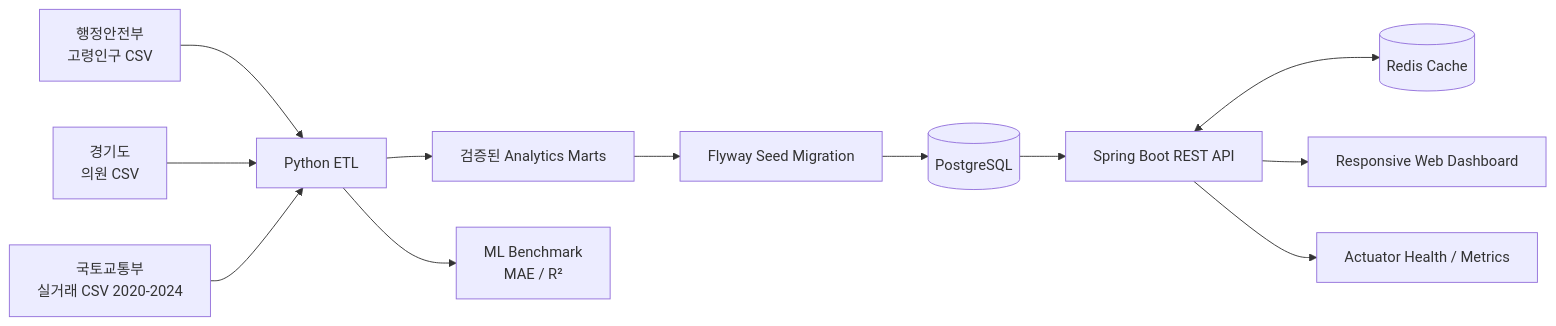
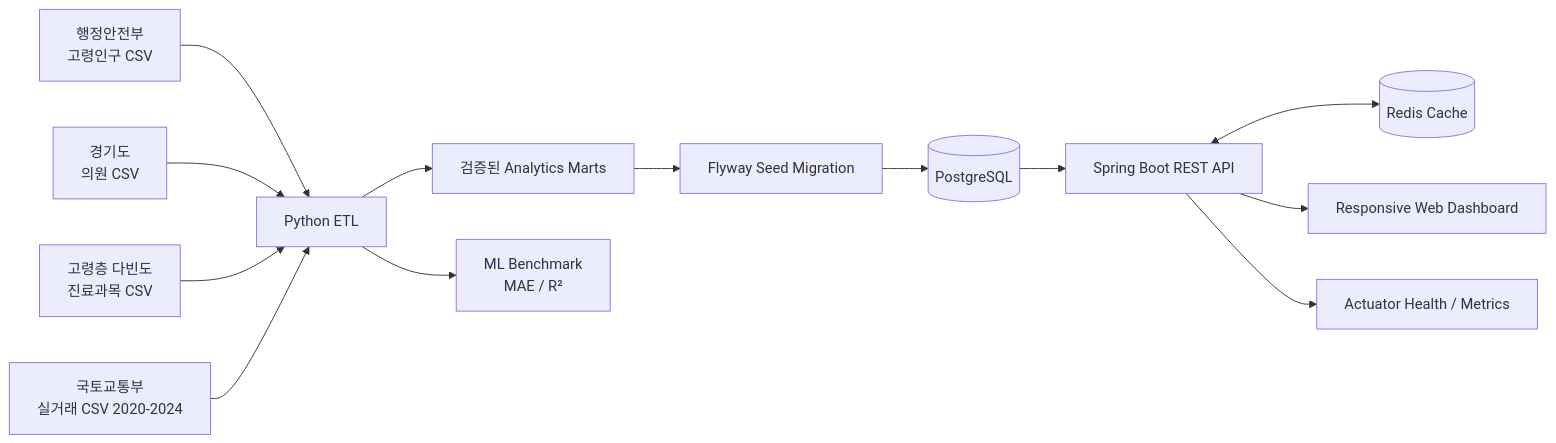
The diagram in docs/architecture.md (taeyoungk-dev/data_analysis), drawn with Mermaid before and after one commit. The commit also changed other lines of this file and 30 other files, not shown here.

````diff
--- a/docs/architecture.md
+++ b/docs/architecture.md
@@ -3,14 +3,15 @@
 ```mermaid
 flowchart LR
     A[행정안전부<br>고령인구 CSV] --> P[Python ETL]
     B[경기도<br>의원 CSV] --> P
-    C[국토교통부<br>실거래 CSV 2020-2024] --> P
+    C[고령층 다빈도<br>진료과목 CSV] --> P
+    H[국토교통부<br>실거래 CSV 2020-2024] --> P
     P --> D[검증된 Analytics Marts]
     P --> M[ML Benchmark<br>MAE / R²]
     D --> F[Flyway Seed Migration]
     F --> PG[(PostgreSQL)]
     PG --> S[Spring Boot REST API]
     S <--> R[(Redis Cache)]
     S --> W[Responsive Web Dashboard]
     S --> O[Actuator Health / Metrics]
 ```
````
